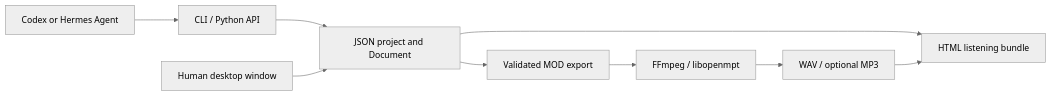
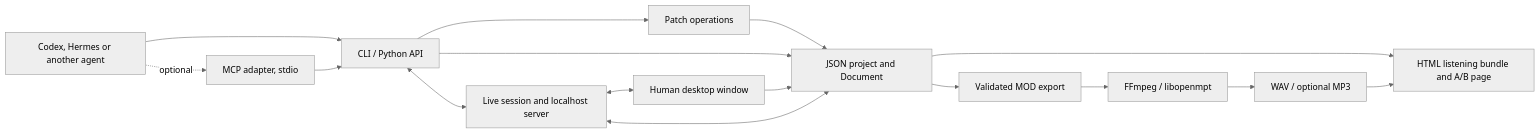
Before and after one commit to ArthurReboulSalze/ChipLoom: the diagram in docs/ARCHITECTURE.md, drawn with Mermaid (neutral theme). The commit also changed other lines of this file and 65 other files, not shown here.

````diff
--- a/docs/ARCHITECTURE.md
+++ b/docs/ARCHITECTURE.md
@@ -5,11 +5,18 @@
 ```mermaid
 flowchart LR
-    A[Codex or Hermes Agent] --> B[CLI / Python API]
-    B --> C[JSON project and Document]
+    A[Codex, Hermes or another agent] --> B[CLI / Python API]
+    A -. optional .-> M[MCP adapter, stdio]
+    M --> B
+    B --> P[Patch operations]
+    P --> C[JSON project and Document]
+    B --> C
     H[Human desktop window] --> C
+    B <--> L[Live session and localhost server]
+    L <--> C
+    L <--> H
     C --> D[Validated MOD export]
     D --> E[FFmpeg / libopenmpt]
     E --> F[WAV / optional MP3]
-    C --> G[HTML listening bundle]
+    C --> G[HTML listening bundle and A/B page]
     F --> G
 ```
````
